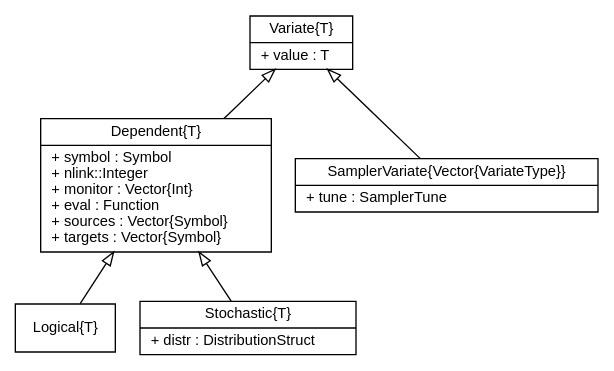
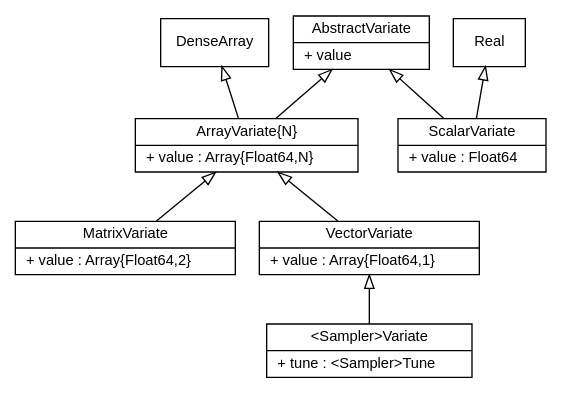
One commit to brian-j-smith/Mamba.jl changed the diagram in doc/images/variateUML.dot. Above: the diagram before and after it, drawn with Graphviz. The commit also changed 36 other files, not shown here.

```diff
--- a/doc/images/variateUML.dot
+++ b/doc/images/variateUML.dot
@@ -1,24 +1,33 @@
 digraph Variate {
     fontname = "Helvetica"
     fontsize = 11
 
     node [fontname = "Helvetica", fontsize = 11, shape = record]
 
     edge [fontname = "Helvetica", fontsize = 11, dir = back, arrowtail = empty]
 
-    Variate [label = "{Variate\{T\}|+ value : T\l}"]
+    AbstractVariate [label = "{AbstractVariate|+ value\l}"]
 
-    Dependent [label = "{Dependent\{T\}|+ symbol : Symbol\l+ nlink::Integer\l+ monitor : Vector\{Int\}\l+ eval : Function\l+ sources : Vector\{Symbol\}\l+ targets : Vector\{Symbol\}\l}"]
+    ArrayVariate [label = "{ArrayVariate\{N\}|+ value : Array\{Float64,N\}\l}"]
 
-    Logical [label = "{Logical\{T\}}"]
+    DenseArray [label = "{DenseArray}"]
 
-    Stochastic [label = "{Stochastic\{T\}|+ distr : DistributionStruct\l}"]
+    MatrixVariate [label = "{MatrixVariate|+ value : Array\{Float64,2\}\l}"]
 
-    SamplerVariate [label = "{SamplerVariate\{Vector\{VariateType\}\}|+ tune : SamplerTune\l}"]
+    Real [label = "{Real}"]
 
-    Variate -> Dependent
-    Dependent -> Logical
-    Dependent -> Stochastic
-    Variate -> SamplerVariate
+    SamplerVariate [label = "{\<Sampler\>Variate|+ tune : \<Sampler\>Tune\l}"]
+
+    ScalarVariate [label = "{ScalarVariate|+ value : Float64\l}"]
+
+    VectorVariate [label = "{VectorVariate|+ value : Array\{Float64,1\}\l}"]
+
+    AbstractVariate -> ArrayVariate
+    AbstractVariate -> ScalarVariate
+    ArrayVariate -> MatrixVariate
+    ArrayVariate -> VectorVariate
+    DenseArray -> ArrayVariate
+    Real -> ScalarVariate
+    VectorVariate -> SamplerVariate
 
 }
```
